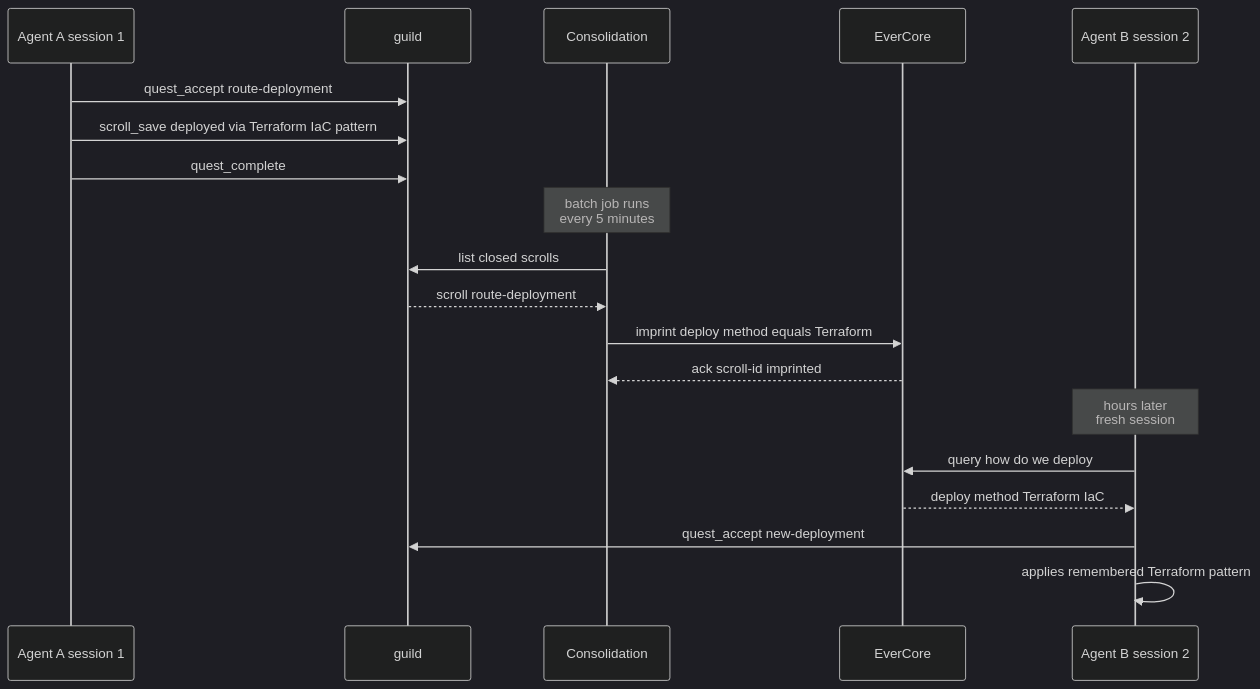
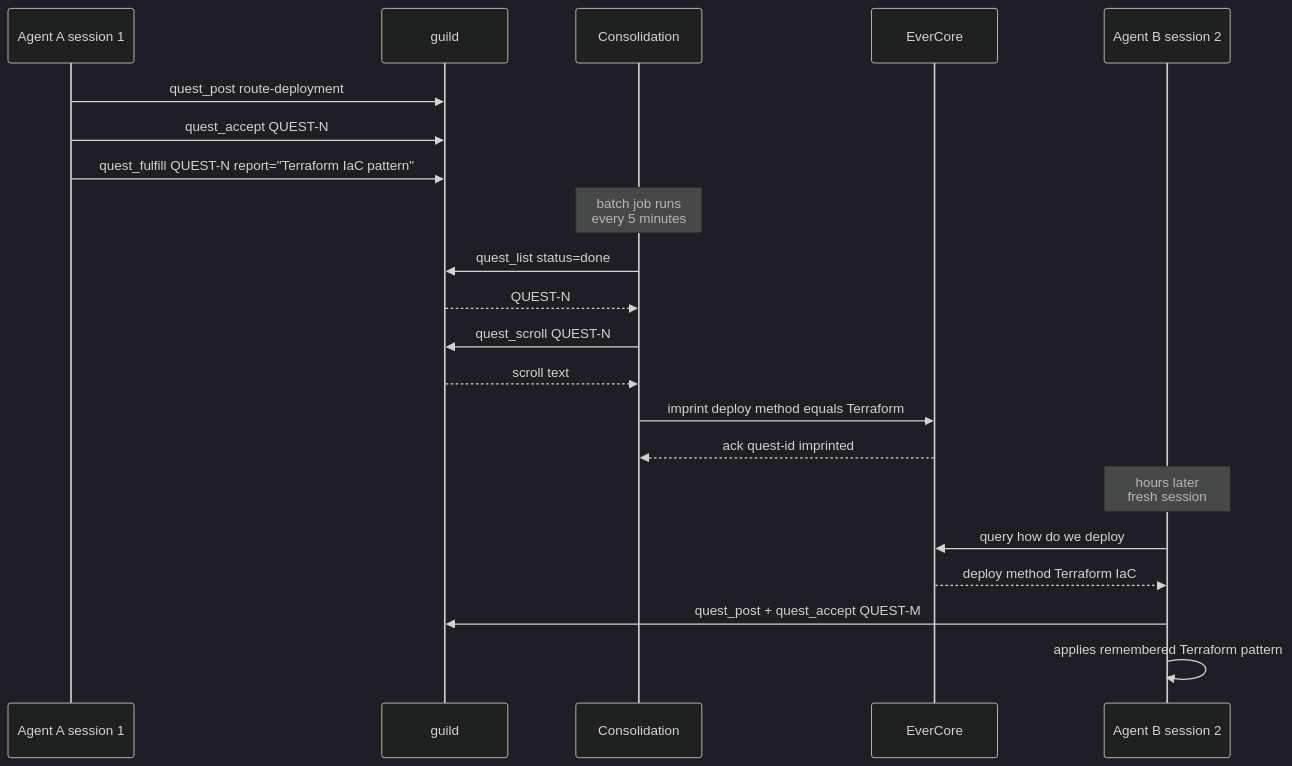
Before and after one commit to shaneliuyx/agent-development-curriculum: the second of 3 diagrams in Week 3.5.8 - Two-Tier Memory Architecture.md, drawn with Mermaid (dark theme). The commit also changed other lines of this file, not shown here.

````diff
--- a/Week 3.5.8 - Two-Tier Memory Architecture.md
+++ b/Week 3.5.8 - Two-Tier Memory Architecture.md
@@ -154,24 +154,26 @@
 ```mermaid
 sequenceDiagram
   participant A as Agent A session 1
   participant G as guild
   participant P as Consolidation
   participant E as EverCore
   participant B as Agent B session 2
 
-  A->>G: quest_accept route-deployment
-  A->>G: scroll_save deployed via Terraform IaC pattern
-  A->>G: quest_complete
+  A->>G: quest_post route-deployment
+  A->>G: quest_accept QUEST-N
+  A->>G: quest_fulfill QUEST-N report="Terraform IaC pattern"
 
   Note over P: batch job runs<br/>every 5 minutes
-  P->>G: list closed scrolls
-  G-->>P: scroll route-deployment
+  P->>G: quest_list status=done
+  G-->>P: QUEST-N
+  P->>G: quest_scroll QUEST-N
+  G-->>P: scroll text
   P->>E: imprint deploy method equals Terraform
-  E-->>P: ack scroll-id imprinted
+  E-->>P: ack quest-id imprinted
 
   Note over B: hours later<br/>fresh session
   B->>E: query how do we deploy
   E-->>B: deploy method Terraform IaC
-  B->>G: quest_accept new-deployment
+  B->>G: quest_post + quest_accept QUEST-M
   B->>B: applies remembered Terraform pattern
 ```
````
